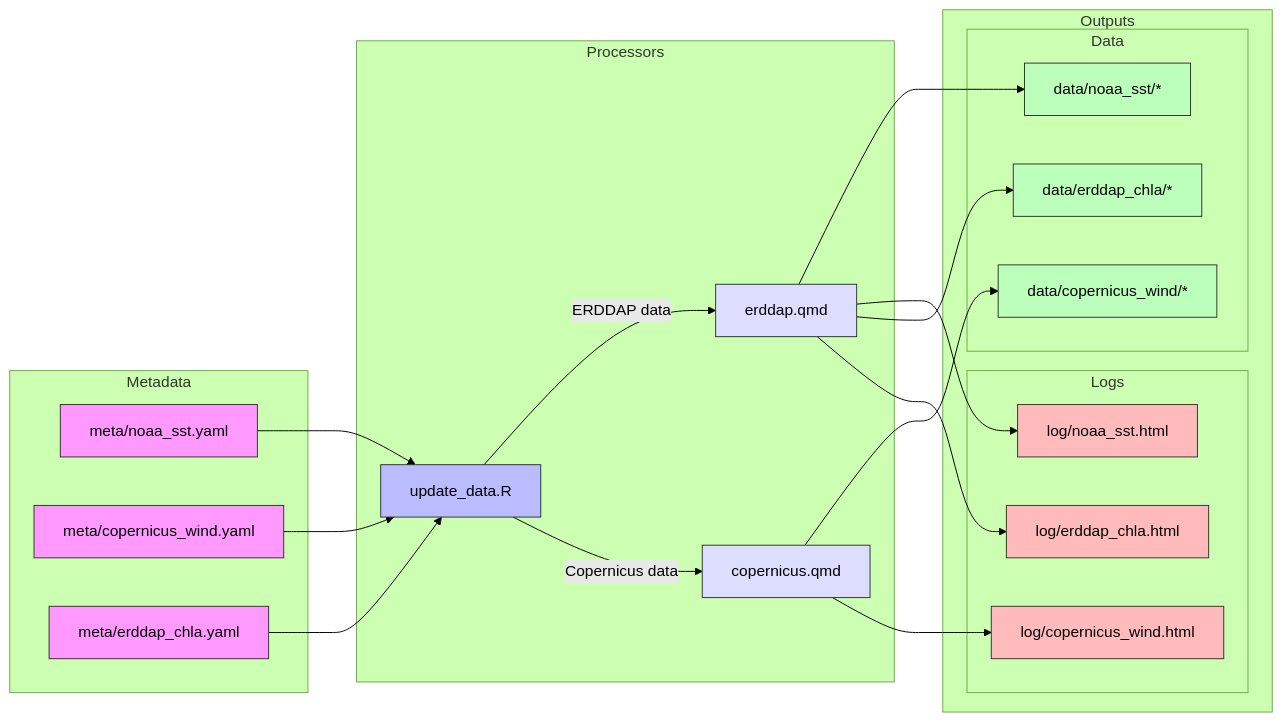
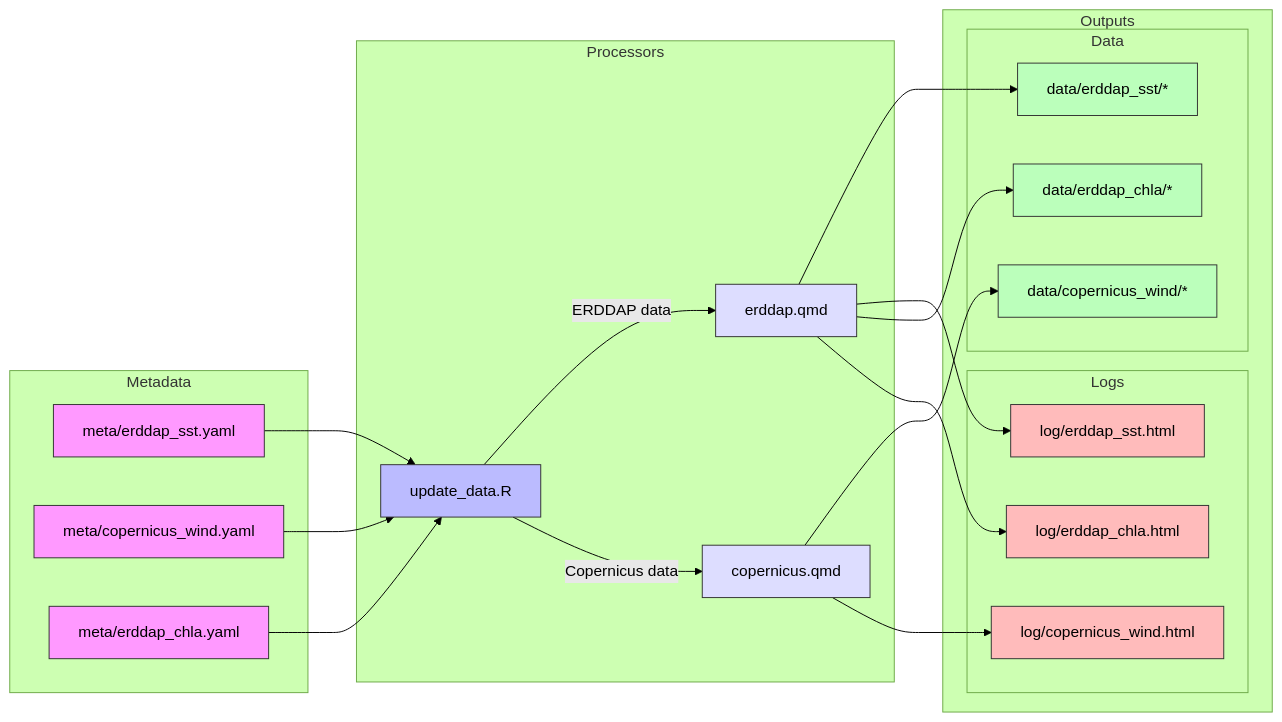
The first of 2 diagrams in README.md (noaa-onms/climate-dashboard-app), drawn with Mermaid (forest theme) before and after one commit. The commit also changed other lines of this file and 1686 other files, not shown here.

Commit message:
mv noaa_* -> erddap_*

````diff
--- a/README.md
+++ b/README.md
@@ -66,58 +70,58 @@
 ```mermaid
 graph LR
     subgraph Metadata
-        M1[meta/noaa_sst.yaml]
+        M1[meta/erddap_sst.yaml]
         M2[meta/copernicus_wind.yaml]
         M3[meta/erddap_chla.yaml]
     end
     
     subgraph Processors
         P1[update_data.R]
         P2[copernicus.qmd]
         P3[erddap.qmd]
     end
     
     subgraph Outputs
         subgraph Data
-            D1[data/noaa_sst/*]
+            D1[data/erddap_sst/*]
             D2[data/copernicus_wind/*]
             D3[data/erddap_chla/*]
         end
         
         subgraph Logs
-            L1[log/noaa_sst.html]
+            L1[log/erddap_sst.html]
             L2[log/copernicus_wind.html]
             L3[log/erddap_chla.html]
         end
     end
     
     M1 --> P1
     M2 --> P1
     M3 --> P1
     
     P1 --> |ERDDAP data| P3
     P1 --> |Copernicus data| P2
     
     P3 --> D1
     P3 --> L1
     P2 --> D2
     P2 --> L2
     P3 --> D3
     P3 --> L3
     
     style M1 fill:#f9f,stroke:#333,stroke-width:1px
     style M2 fill:#f9f,stroke:#333,stroke-width:1px
     style M3 fill:#f9f,stroke:#333,stroke-width:1px
     
     style P1 fill:#bbf,stroke:#333,stroke-width:1px
     style P2 fill:#ddf,stroke:#333,stroke-width:1px
     style P3 fill:#ddf,stroke:#333,stroke-width:1px
     
     style D1 fill:#bfb,stroke:#333,stroke-width:1px
     style D2 fill:#bfb,stroke:#333,stroke-width:1px
     style D3 fill:#bfb,stroke:#333,stroke-width:1px
     
     style L1 fill:#fbb,stroke:#333,stroke-width:1px
     style L2 fill:#fbb,stroke:#333,stroke-width:1px
     style L3 fill:#fbb,stroke:#333,stroke-width:1px
 ```
````
